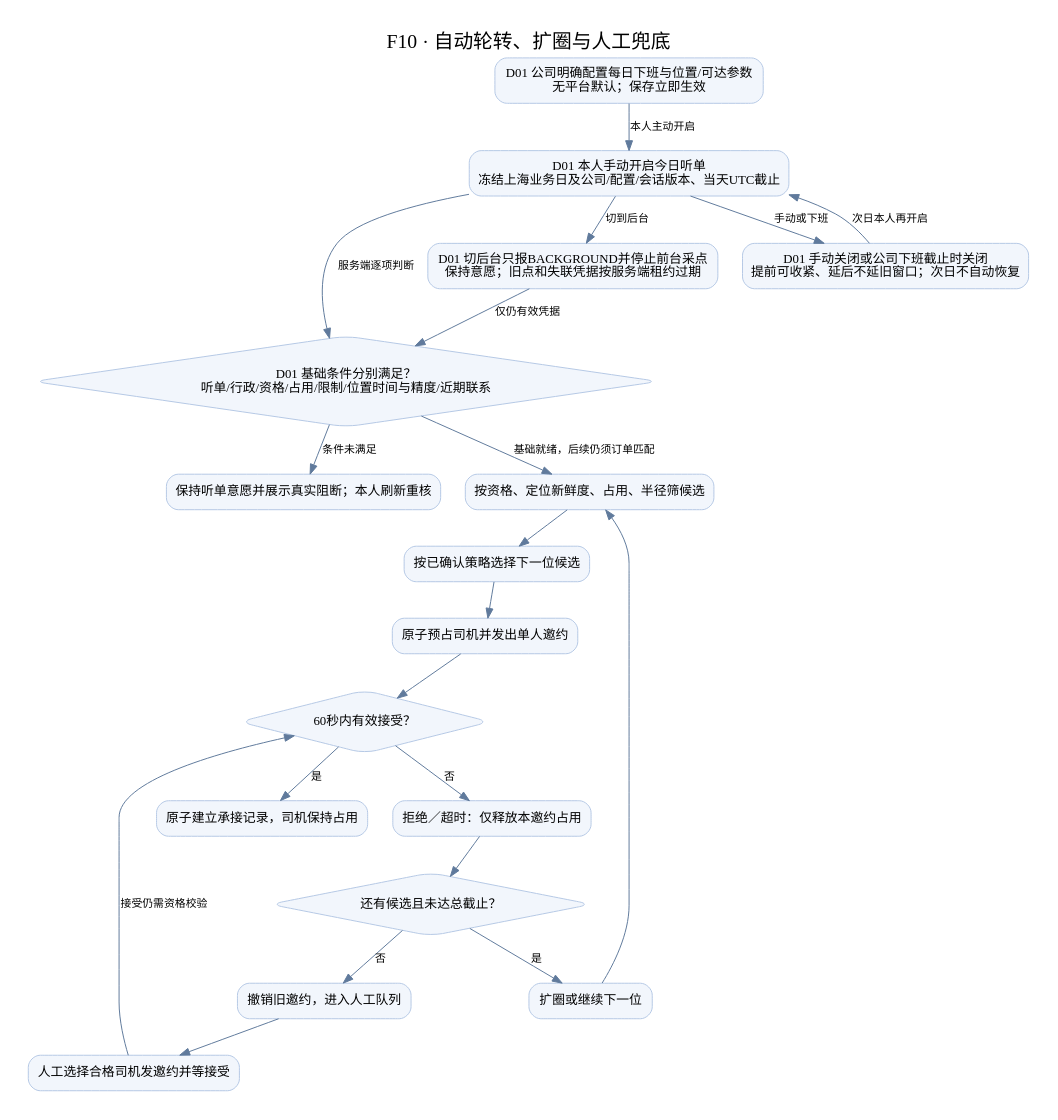
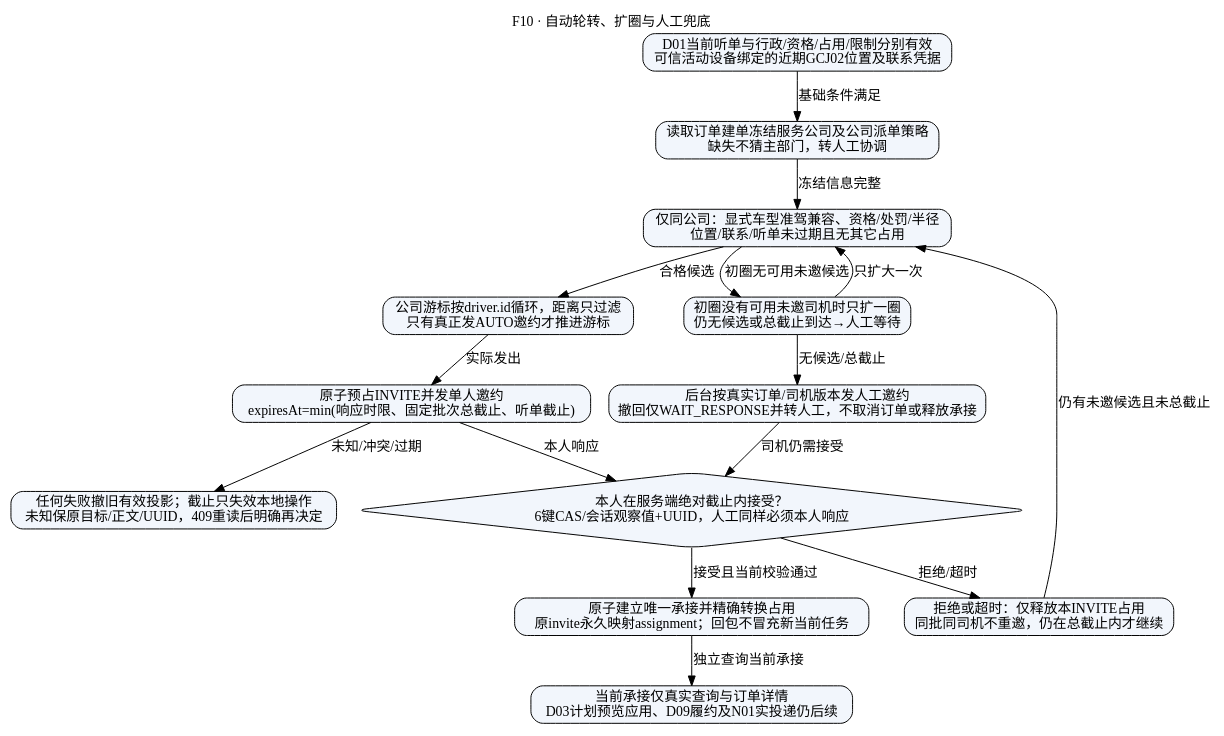
The diagram in docs/vehicle/V6.4/08_业务流程图/DOT/F10.dot (chanbeishui/xinyi), drawn with Graphviz before and after one commit. The commit also changed 214 other files, not shown here.

```diff
--- a/docs/vehicle/V6.4/08_业务流程图/DOT/F10.dot
+++ b/docs/vehicle/V6.4/08_业务流程图/DOT/F10.dot
@@ -1,40 +1,31 @@
 digraph G {
-  graph [rankdir=TB,bgcolor="white",pad="0.3",nodesep="0.35",ranksep="0.5",fontname="PingFang SC",label="F10 · 自动轮转、扩圈与人工兜底",labelloc=t,fontsize=20];
-  node [shape=box,style="rounded,filled",fillcolor="#F2F6FC",color="#B5C9E5",fontname="PingFang SC",fontsize=13,margin=".15,.12"];
-  edge [color="#607A9C",fontname="PingFang SC",fontsize=11];
-  d01config [label="D01 公司明确配置每日下班与位置/可达参数\n无平台默认；保存立即生效"];
-  d01intent [label="D01 本人手动开启今日听单\n冻结上海业务日及公司/配置/会话版本、当天UTC截止"];
-  d01background [label="D01 切后台只报BACKGROUND并停止前台采点\n保持意愿；旧点和失联凭据按服务端租约过期"];
-  d01close [label="D01 手动关闭或公司下班截止时关闭\n提前可收紧、延后不延旧窗口；次日不自动恢复"];
-  d01base [label="D01 基础条件分别满足？\n听单/行政/资格/占用/限制/位置时间与精度/近期联系",shape=diamond];
-  d01blocked [label="保持听单意愿并展示真实阻断；本人刷新重核"];
-  n1 [label="按资格、定位新鲜度、占用、半径筛候选"];
-  n2 [label="按已确认策略选择下一位候选"];
-  n3 [label="原子预占司机并发出单人邀约"];
-  n4 [label="60秒内有效接受？",shape=diamond];
-  n5 [label="原子建立承接记录，司机保持占用"];
-  n6 [label="拒绝／超时：仅释放本邀约占用"];
-  n7 [label="还有候选且未达总截止？",shape=diamond];
-  n8 [label="扩圈或继续下一位"];
-  n9 [label="撤销旧邀约，进入人工队列"];
-  n10 [label="人工选择合格司机发邀约并等接受"];
-  d01config -> d01intent [label="本人主动开启"];
-  d01intent -> d01base [label="服务端逐项判断"];
-  d01intent -> d01background [label="切到后台"];
-  d01background -> d01base [label="仅仍有效凭据"];
-  d01intent -> d01close [label="手动或下班"];
-  d01close -> d01intent [label="次日本人再开启"];
-  d01base -> n1 [label="基础就绪，后续仍须订单匹配"];
-  n1 -> n2 [label=""];
-  n2 -> n3 [label=""];
-  n3 -> n4 [label=""];
-  n4 -> n5 [label="是"];
-  n4 -> n6 [label="否"];
-  n6 -> n7 [label=""];
-  n7 -> n8 [label="是"];
-  n8 -> n1 [label=""];
-  n7 -> n9 [label="否"];
-  n9 -> n10 [label=""];
-  n10 -> n4 [label="接受仍需资格校验"];
-  d01base -> d01blocked [label="条件未满足"];
+graph [rankdir=TB,bgcolor="white",fontname="PingFang SC",label="F10 · 自动轮转、扩圈与人工兜底",labelloc=t];
+node [shape=box,style="rounded,filled",fontname="PingFang SC",fillcolor="#F2F6FC"];
+edge [fontname="PingFang SC"];
+base [label="D01当前听单与行政/资格/占用/限制分别有效\n可信活动设备绑定的近期GCJ02位置及联系凭据"];
+snapshot [label="读取订单建单冻结服务公司及公司派单策略\n缺失不猜主部门，转人工协调"];
+filter [label="仅同公司：显式车型准驾兼容、资格/处罚/半径\n位置/联系/听单未过期且无其它占用"];
+cursor [label="公司游标按driver.id循环，距离只过滤\n只有真正发AUTO邀约才推进游标"];
+issue [label="原子预占INVITE并发单人邀约\nexpiresAt=min(响应时限、固定批次总截止、听单截止)"];
+respond [label="本人在服务端绝对截止内接受？\n6键CAS/会话观察值+UUID，人工同样必须本人响应",shape=diamond];
+accept [label="原子建立唯一承接并精确转换占用\n原invite永久映射assignment；回包不冒充新当前任务"];
+release [label="拒绝或超时：仅释放本INVITE占用\n同批同司机不重邀，仍在总截止内才继续"];
+expand [label="初圈没有可用未邀司机时只扩一圈\n仍无候选或总截止到达→人工等待"];
+manual [label="后台按真实订单/司机版本发人工邀约\n撤回仅WAIT_RESPONSE并转人工，不取消订单或释放承接"];
+recovery [label="任何失败撤旧有效投影；截止只失效本地操作\n未知保原目标/正文/UUID，409重读后明确再决定"];
+scope [label="当前承接仅真实查询与订单详情\nD03计划预览应用、D09履约及N01实投递仍后续"];
+base -> snapshot [label="基础条件满足"];
+snapshot -> filter [label="冻结信息完整"];
+filter -> cursor [label="合格候选"];
+cursor -> issue [label="实际发出"];
+issue -> respond [label="本人响应"];
+respond -> accept [label="接受且当前校验通过"];
+respond -> release [label="拒绝/超时"];
+release -> filter [label="仍有未邀候选且未总截止"];
+filter -> expand [label="初圈无可用未邀候选"];
+expand -> filter [label="只扩大一次"];
+expand -> manual [label="无候选/总截止"];
+manual -> respond [label="司机仍需接受"];
+issue -> recovery [label="未知/冲突/过期"];
+accept -> scope [label="独立查询当前承接"];
 }
```
